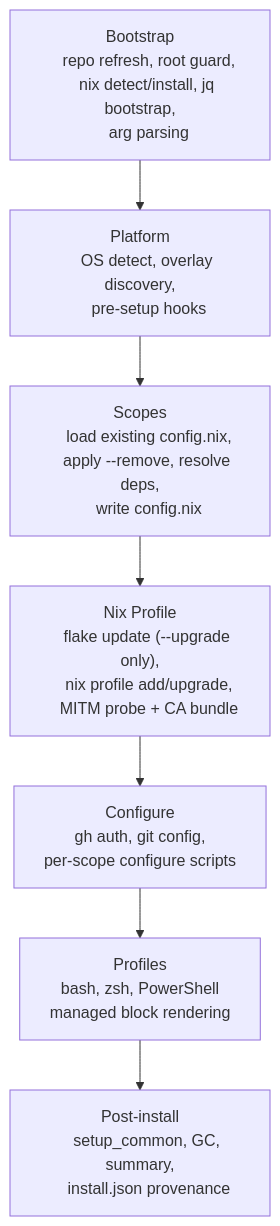
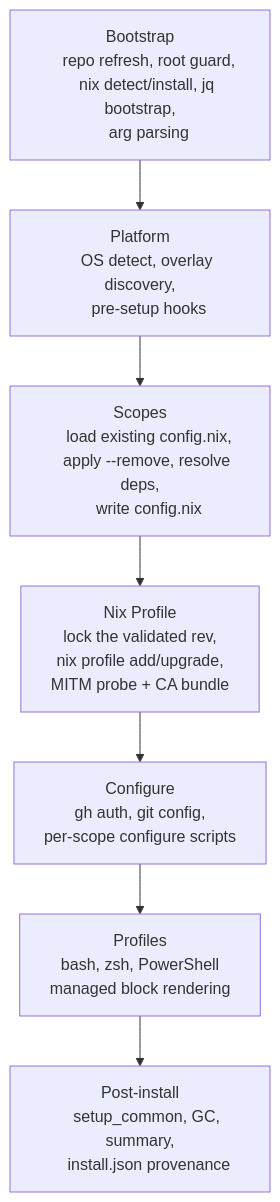
Before and after one commit to szymonos/envy-nx: the second of 6 diagrams in docs/architecture.md, drawn with Mermaid. The commit also changed other lines of this file and 27 other files, not shown here.

````diff
--- a/docs/architecture.md
+++ b/docs/architecture.md
@@ -39,26 +39,26 @@
 ```mermaid
 flowchart TD
     B["Bootstrap
     repo refresh, root guard,
     nix detect/install, jq bootstrap,
     arg parsing"] --> PL["Platform
     OS detect, overlay discovery,
     pre-setup hooks"]
     PL --> SC["Scopes
     load existing config.nix,
     apply --remove, resolve deps,
     write config.nix"]
     SC --> NP["Nix Profile
-    flake update (--upgrade only),
+    lock the validated rev,
     nix profile add/upgrade,
     MITM probe + CA bundle"]
     NP --> CF["Configure
     gh auth, git config,
     per-scope configure scripts"]
     CF --> PR["Profiles
     bash, zsh, PowerShell
     managed block rendering"]
     PR --> PI["Post-install
     setup_common, GC, summary,
     install.json provenance"]
 ```
````
